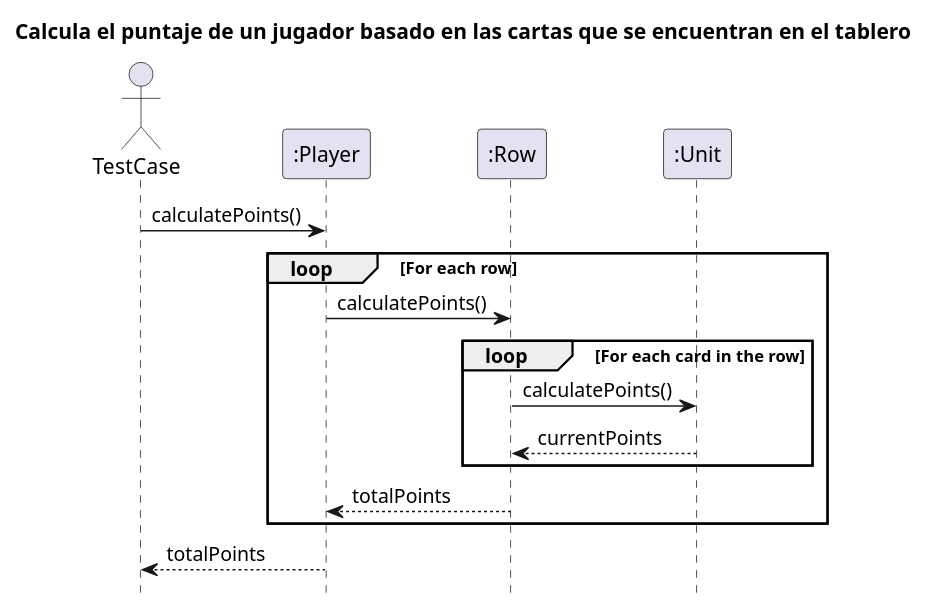
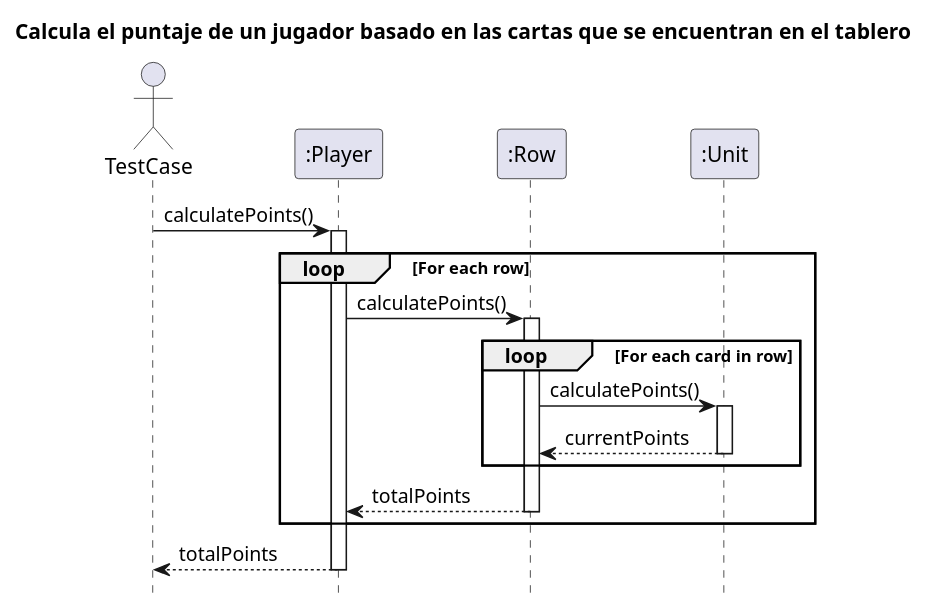
Before and after one commit to Yonhir/algo3_proyecto_base_tp2: the diagram in diagrams/sequences/CalcularPuntajePlayer.plantuml, drawn with PlantUML. The commit also changed 15 other files, not shown here.

Commit message:
update diagrams

```diff
--- a/diagrams/sequences/CalcularPuntajePlayer.plantuml
+++ b/diagrams/sequences/CalcularPuntajePlayer.plantuml
@@ -1,27 +1,29 @@
 @startuml
 
 hide footbox
 title Calcula el puntaje de un jugador basado en las cartas que se encuentran en el tablero
 
 actor TestCase
 
 participant ":Player" as player
 participant ":Row" as row
 participant ":Unit" as unit
 
 TestCase -> player : calculatePoints()
-
-loop For each row
-    player -> row : calculatePoints()
-    
-    loop For each card in the row
-        row -> unit : calculatePoints()
-        unit --> row : currentPoints
+    activate player
+    loop For each row
+        player -> row : calculatePoints()
+            activate row
+            loop For each card in row
+                row -> unit : calculatePoints()
+                    activate unit
+                    unit --> row : currentPoints
+                    deactivate unit
+            end
+            row --> player : totalPoints
+            deactivate row
     end
-    
-    row --> player : totalPoints
-end
-
-player --> TestCase : totalPoints
+    player --> TestCase : totalPoints
+    deactivate player
 
 @enduml
```
